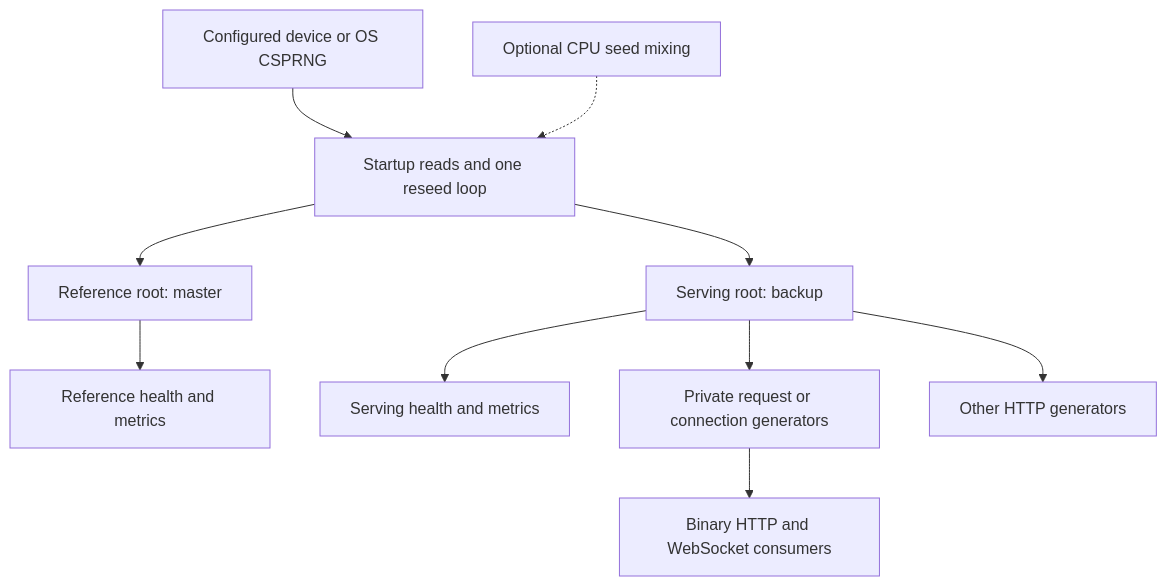
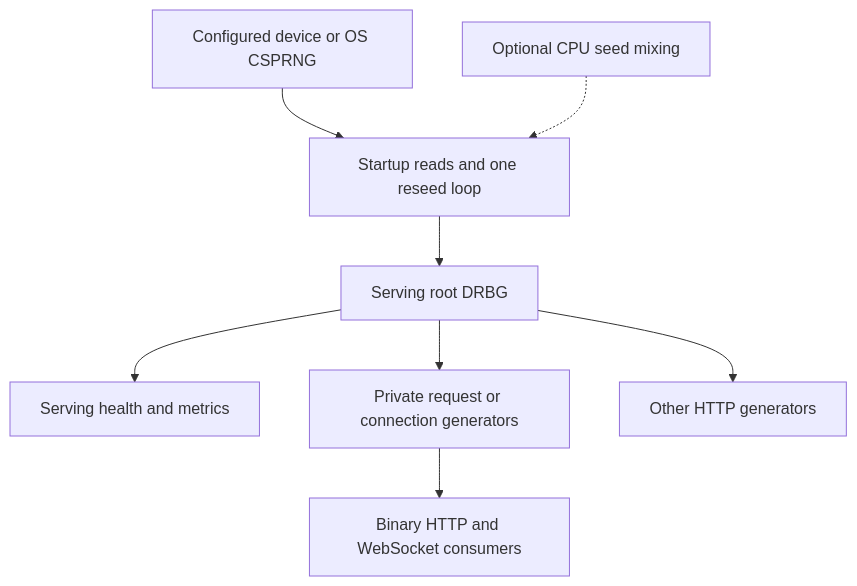
One commit to fantuz/entropy-service changed the diagram in README.md. Above: the diagram before and after it, drawn with Mermaid. The commit also changed other lines of this file and 2 other files, not shown here.

Commit message:
remove master/backup drbg notion, unify under single root one. code flexibility allows it now, all pages were already using same generator lately

````diff
--- a/README.md
+++ b/README.md
@@ -178,12 +178,10 @@
 ```mermaid
 flowchart TD
     S["Configured device or OS CSPRNG"] --> I["Startup reads and one reseed loop"]
     C["Optional CPU seed mixing"] -.-> I
-    I --> R["Reference root: master"]
-    I --> P["Serving root: backup"]
-    R --> H["Reference health and metrics"]
+    I --> P["Serving root DRBG"]
     P --> M["Serving health and metrics"]
     P --> G["Private request or connection generators"]
     P --> D["Other HTTP generators"]
     G --> B["Binary HTTP and WebSocket consumers"]
 ```
````
